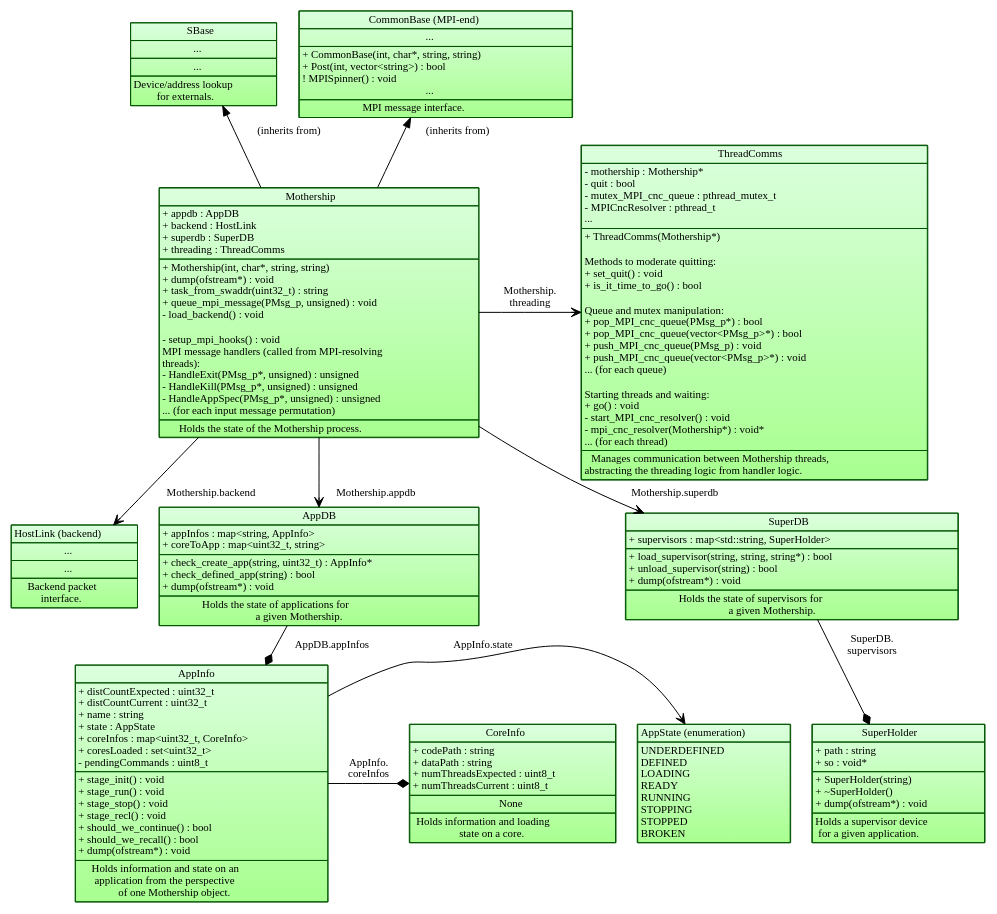
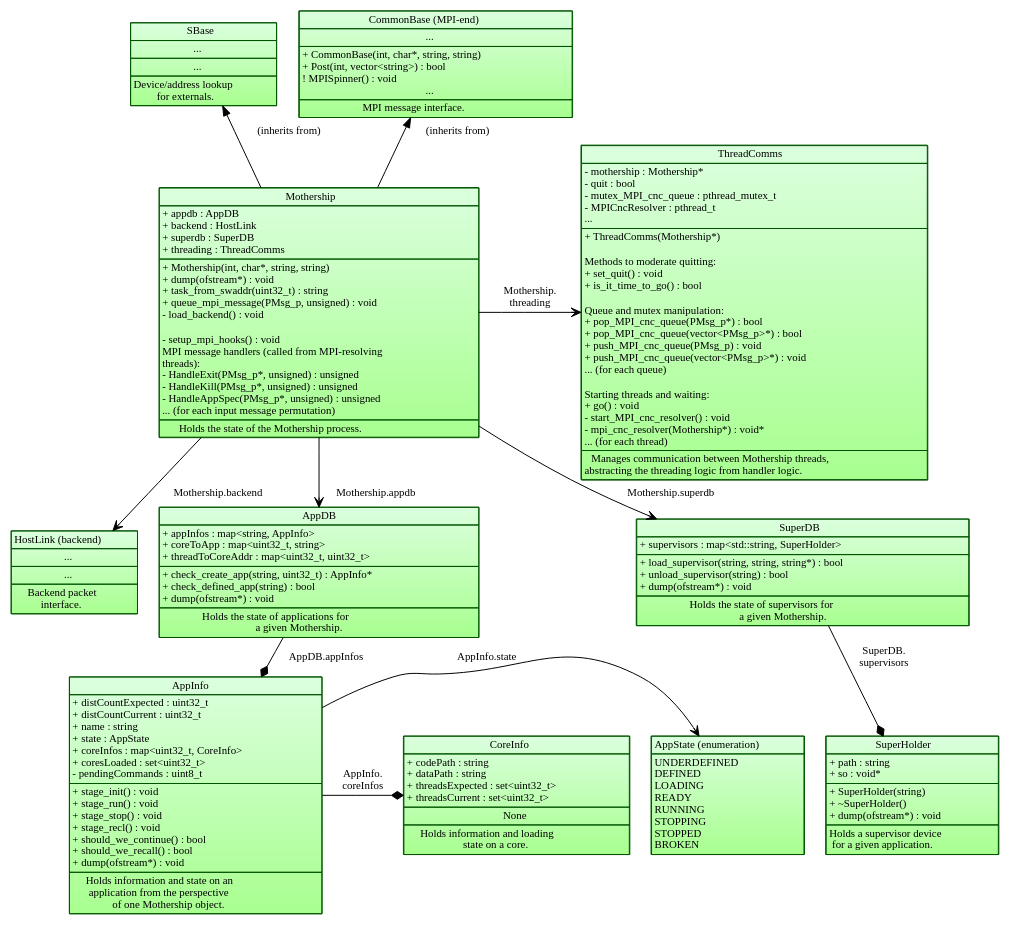
The diagram in images/source/mothership_data_structure.dot (POETSII/orchestrator-documentation), drawn with Graphviz before and after one commit. The commit also changed 1 other file, not shown here.

Commit message:
Rather than counting the number of threads current/expected in CoreInfo, instead store and check addresses to better support BARRIER and STOP ackpackets.

```diff
--- a/images/source/mothership_data_structure.dot
+++ b/images/source/mothership_data_structure.dot
@@ -75,6 +75,7 @@
 <TR><TD ALIGN="LEFT">
 + appInfos : map&lt;string, AppInfo&gt;<BR ALIGN="LEFT"/>
 + coreToApp : map&lt;uint32_t, string&gt;<BR ALIGN="LEFT"/>
++ threadToCoreAddr : map&lt;uint32_t, uint32_t&gt;<BR ALIGN="LEFT"/>
 </TD></TR>
 <TR><TD ALIGN="LEFT">
 + check_create_app(string, uint32_t) : AppInfo*<BR ALIGN="LEFT"/>
@@ -117,8 +118,8 @@
 <TR><TD ALIGN="LEFT">
 + codePath : string<BR ALIGN="LEFT"/>
 + dataPath : string<BR ALIGN="LEFT"/>
-+ numThreadsExpected : uint8_t<BR ALIGN="LEFT"/>
-+ numThreadsCurrent : uint8_t<BR ALIGN="LEFT"/>
++ threadsExpected : set&lt;uint32_t&gt;<BR ALIGN="LEFT"/>
++ threadsCurrent : set&lt;uint32_t&gt;<BR ALIGN="LEFT"/>
 </TD></TR>
 <TR><TD ALIGN="TEXT">
 None
```
